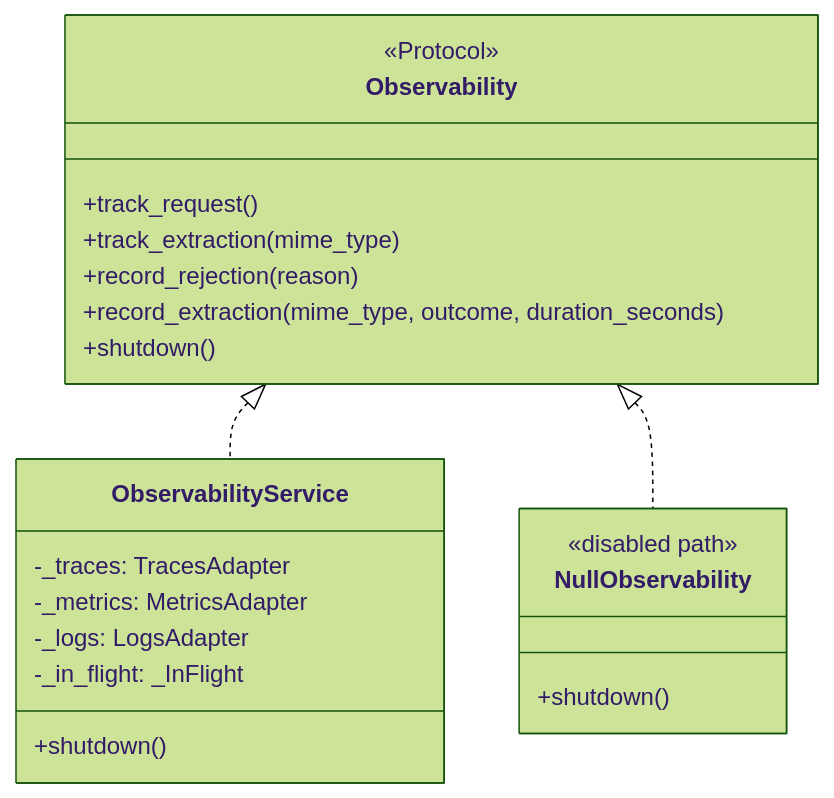
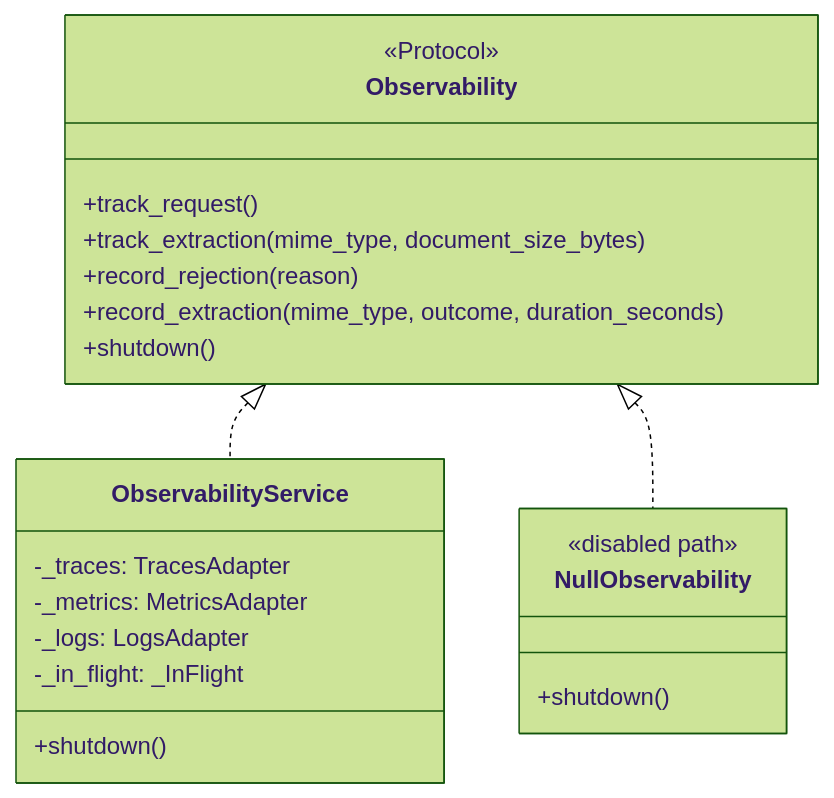
The second of 8 diagrams in services/document-parser/specification/references/observability.md (kunalPisolkar24/detectAI), drawn with Mermaid (forest theme) before and after one commit. The commit also changed other lines of this file and 7 other files, not shown here.

Commit message:
Carry the document size on the extraction span

````diff
--- a/services/document-parser/specification/references/observability.md
+++ b/services/document-parser/specification/references/observability.md
@@ -63,24 +63,24 @@
 ```mermaid
 classDiagram
     class Observability {
         <<Protocol>>
         +track_request()
-        +track_extraction(mime_type)
+        +track_extraction(mime_type, document_size_bytes)
         +record_rejection(reason)
         +record_extraction(mime_type, outcome, duration_seconds)
         +shutdown()
     }
     class ObservabilityService {
         -_traces: TracesAdapter
         -_metrics: MetricsAdapter
         -_logs: LogsAdapter
         -_in_flight: _InFlight
         +shutdown()
     }
     class NullObservability {
         <<disabled path>>
         +shutdown()
     }
     Observability <|.. ObservabilityService
     Observability <|.. NullObservability
 ```
````
